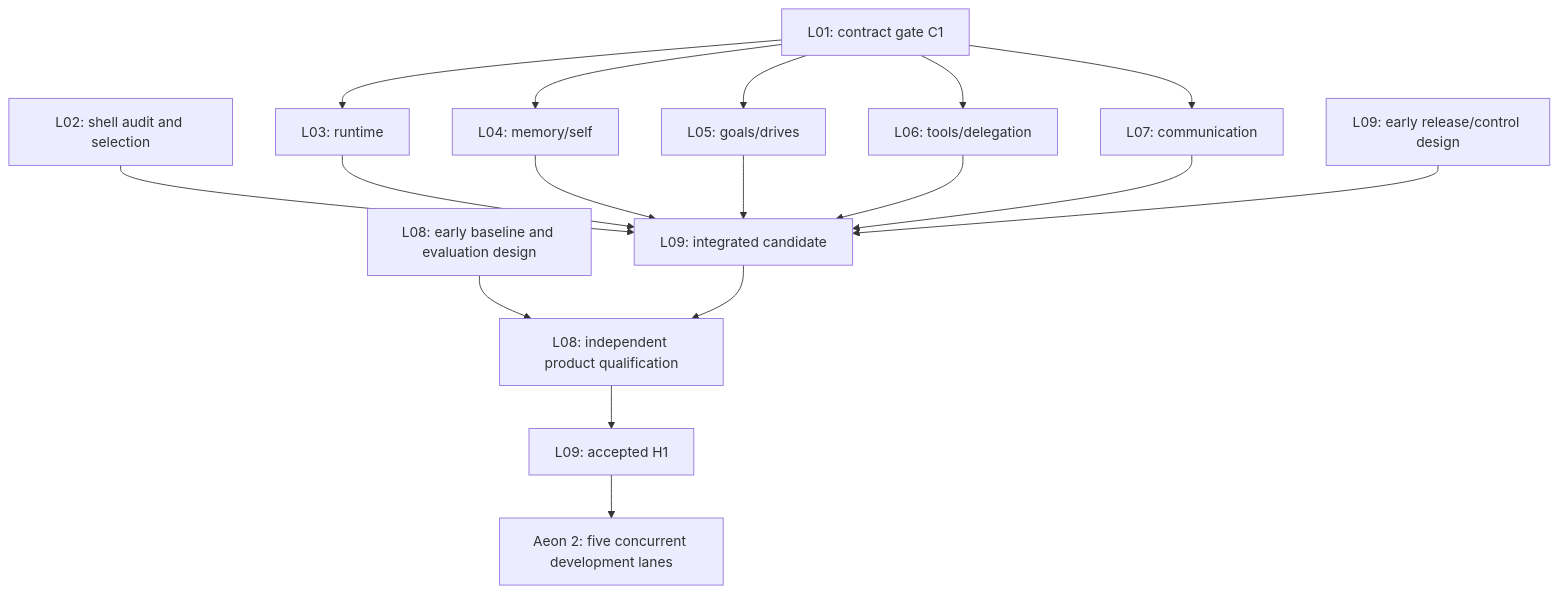
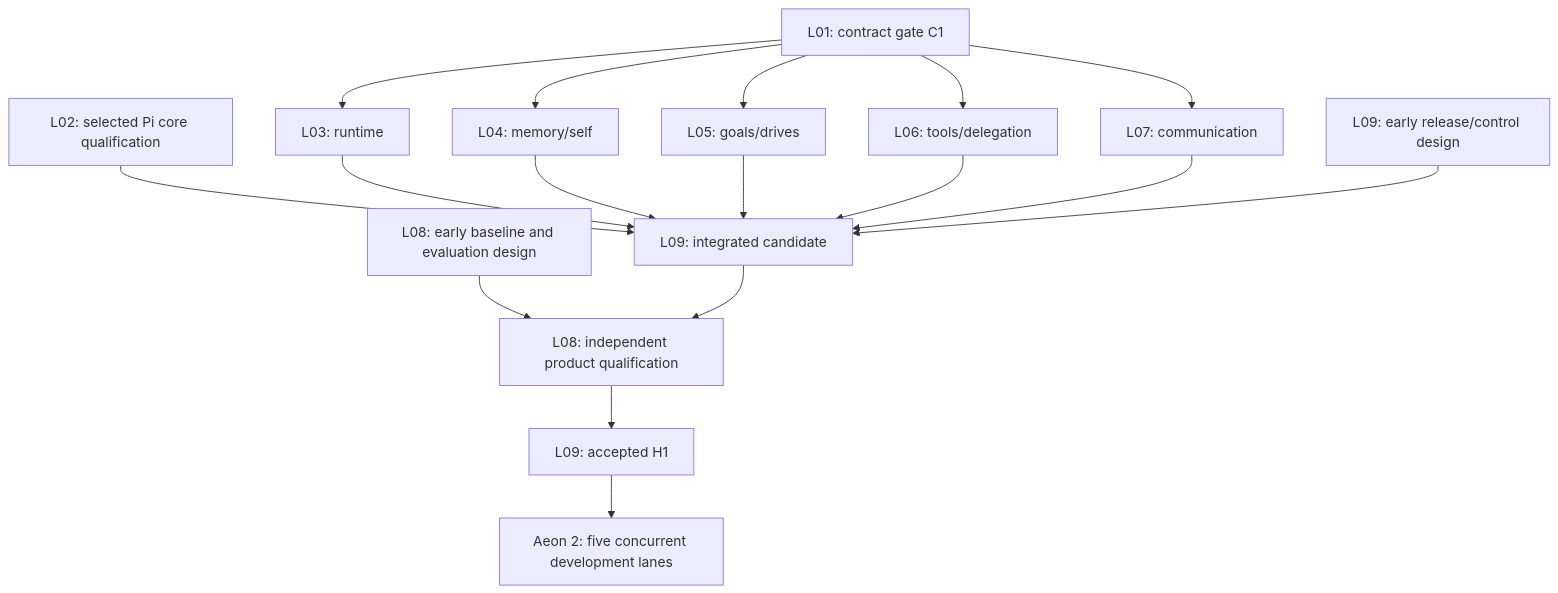
The diagram in PLAN.md (lbsa71/palimpsest), drawn with Mermaid before and after one commit. The commit also changed other lines of this file and 19 other files, not shown here.

````diff
--- a/PLAN.md
+++ b/PLAN.md
@@ -32,19 +32,19 @@
 ```mermaid
 flowchart TD
   C["L01: contract gate C1"] --> R["L03: runtime"]
   C --> M["L04: memory/self"]
   C --> G["L05: goals/drives"]
   C --> T["L06: tools/delegation"]
   C --> S["L07: communication"]
-  B["L02: shell audit and selection"] --> I["L09: integrated candidate"]
+  B["L02: selected Pi core qualification"] --> I["L09: integrated candidate"]
   R --> I
   M --> I
   G --> I
   T --> I
   S --> I
   E["L08: early baseline and evaluation design"] --> Q["L08: independent product qualification"]
   I --> Q
   D["L09: early release/control design"] --> I
   Q --> H["L09: accepted H1"]
   H --> A["Aeon 2: five concurrent development lanes"]
 ```
````
